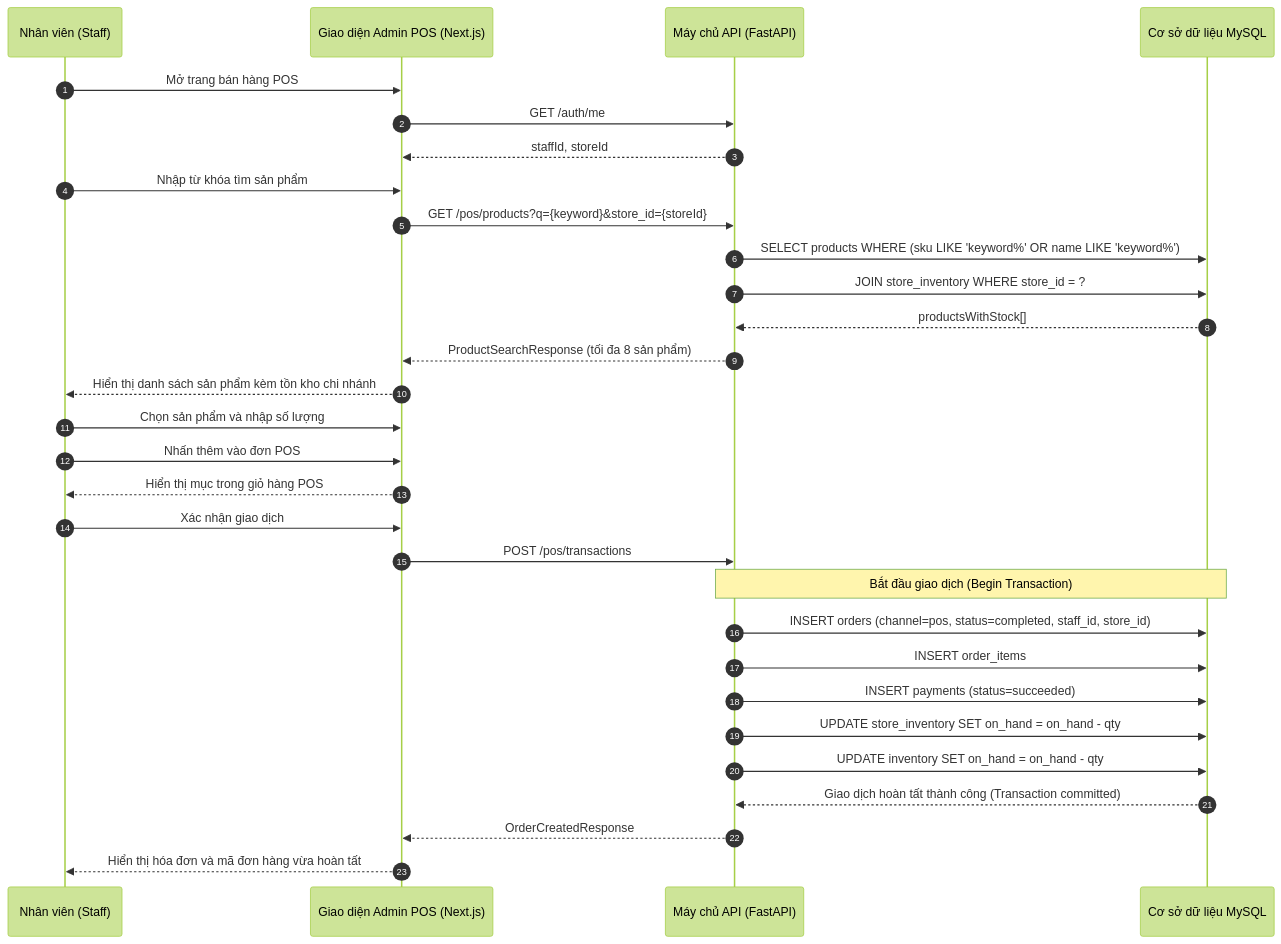
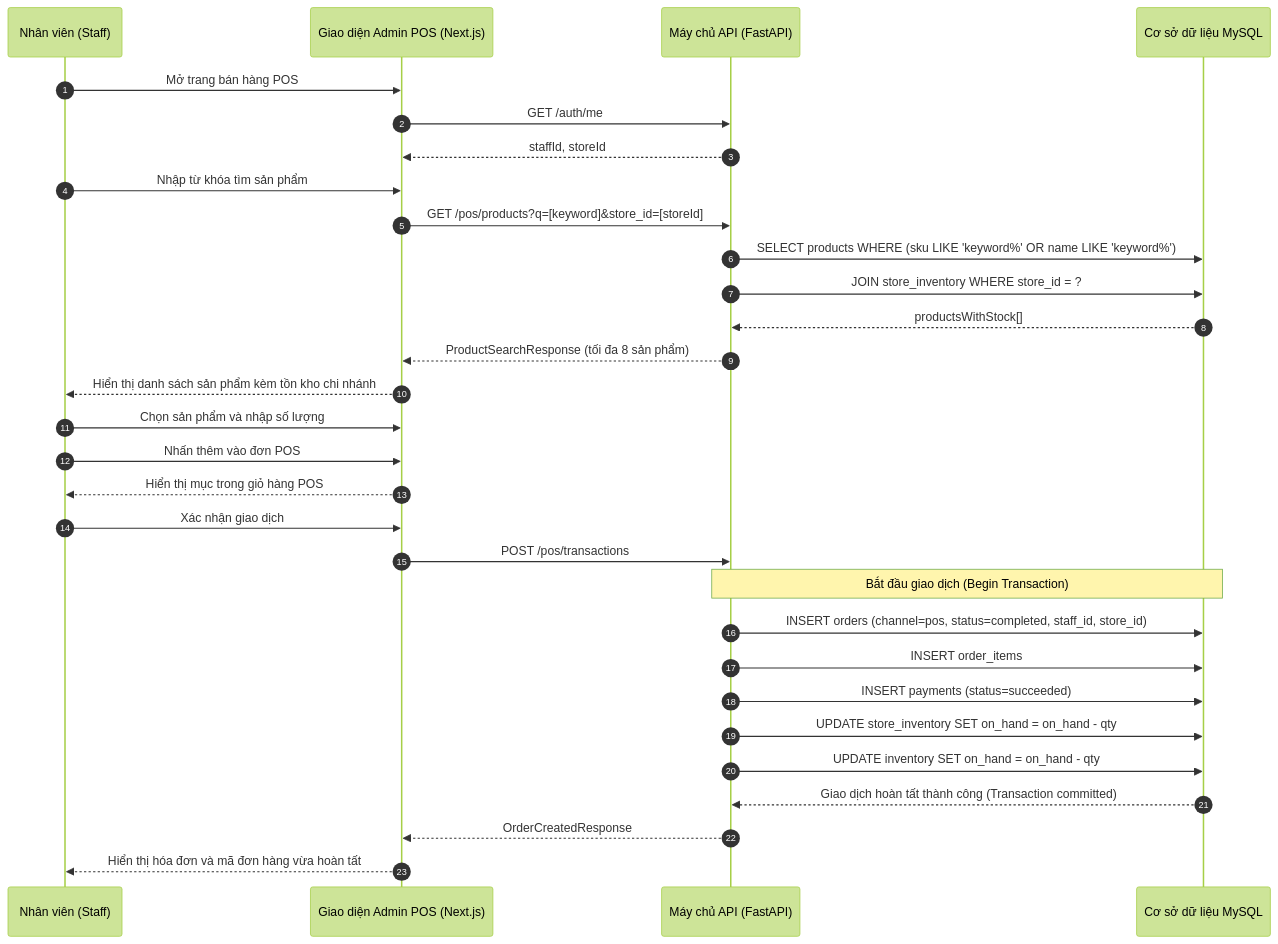
Before and after one commit to DanhTrannn/TLCN: diagram 36 of 57 in docs/design-analysis/OOSAD_ANALYSIS.md, drawn with Mermaid (forest theme). The commit also changed other lines of this file, not shown here.

````diff
--- a/docs/design-analysis/OOSAD_ANALYSIS.md
+++ b/docs/design-analysis/OOSAD_ANALYSIS.md
@@ -1583,37 +1583,37 @@
 ```mermaid
 sequenceDiagram
     autonumber
     participant S as Nhân viên (Staff)
     participant FE as Giao diện Admin POS (Next.js)
     participant API as Máy chủ API (FastAPI)
     participant DB as Cơ sở dữ liệu MySQL
     
     S->>FE: Mở trang bán hàng POS
     FE->>API: GET /auth/me
     API-->>FE: staffId, storeId
     
     S->>FE: Nhập từ khóa tìm sản phẩm
-    FE->>API: GET /pos/products?q={keyword}&store_id={storeId}
+    FE->>API: GET /pos/products?q=[keyword]&store_id=[storeId]
     API->>DB: SELECT products WHERE (sku LIKE 'keyword%' OR name LIKE 'keyword%')
     API->>DB: JOIN store_inventory WHERE store_id = ?
     DB-->>API: productsWithStock[]
     API-->>FE: ProductSearchResponse (tối đa 8 sản phẩm)
     FE-->>S: Hiển thị danh sách sản phẩm kèm tồn kho chi nhánh
     
     S->>FE: Chọn sản phẩm và nhập số lượng
     S->>FE: Nhấn thêm vào đơn POS
     FE-->>S: Hiển thị mục trong giỏ hàng POS
     
     S->>FE: Xác nhận giao dịch
     FE->>API: POST /pos/transactions
     Note over API,DB: Bắt đầu giao dịch (Begin Transaction)
     API->>DB: INSERT orders (channel=pos, status=completed, staff_id, store_id)
     API->>DB: INSERT order_items
     API->>DB: INSERT payments (status=succeeded)
     API->>DB: UPDATE store_inventory SET on_hand = on_hand - qty
     API->>DB: UPDATE inventory SET on_hand = on_hand - qty
     DB-->>API: Giao dịch hoàn tất thành công (Transaction committed)
     
     API-->>FE: OrderCreatedResponse
     FE-->>S: Hiển thị hóa đơn và mã đơn hàng vừa hoàn tất
 ```
````
